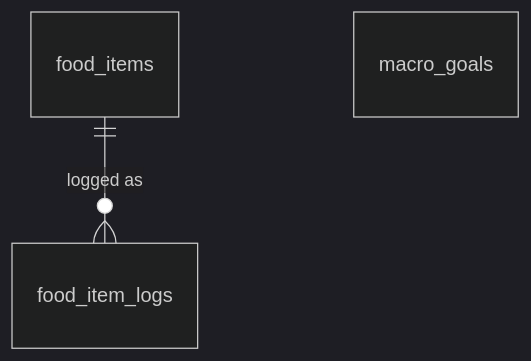
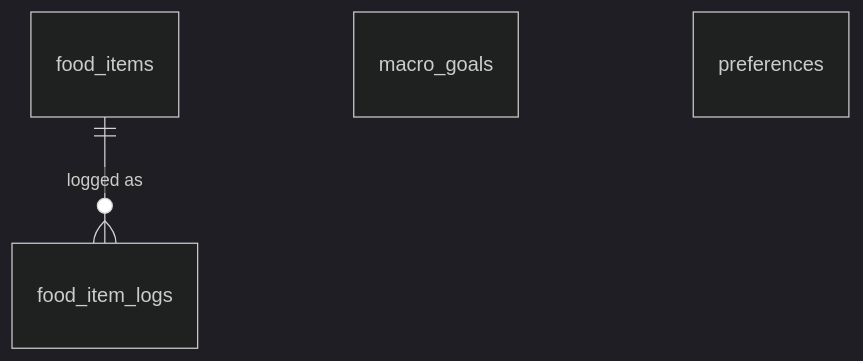
One commit to connor-ruff/disci changed the diagram in docs/db/nutrition.md. Above: the diagram before and after it, drawn with Mermaid (dark theme). The commit also changed other lines of this file and 62 other files, not shown here.

````diff
--- a/docs/db/nutrition.md
+++ b/docs/db/nutrition.md
@@ -26,5 +23,6 @@
 ```mermaid
 erDiagram
     food_items ||--o{ food_item_logs : "logged as"
     macro_goals
+    preferences
 ```
````
